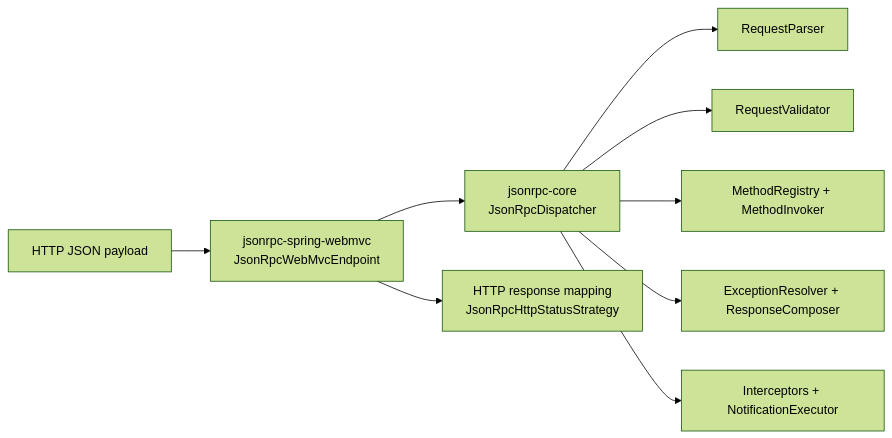
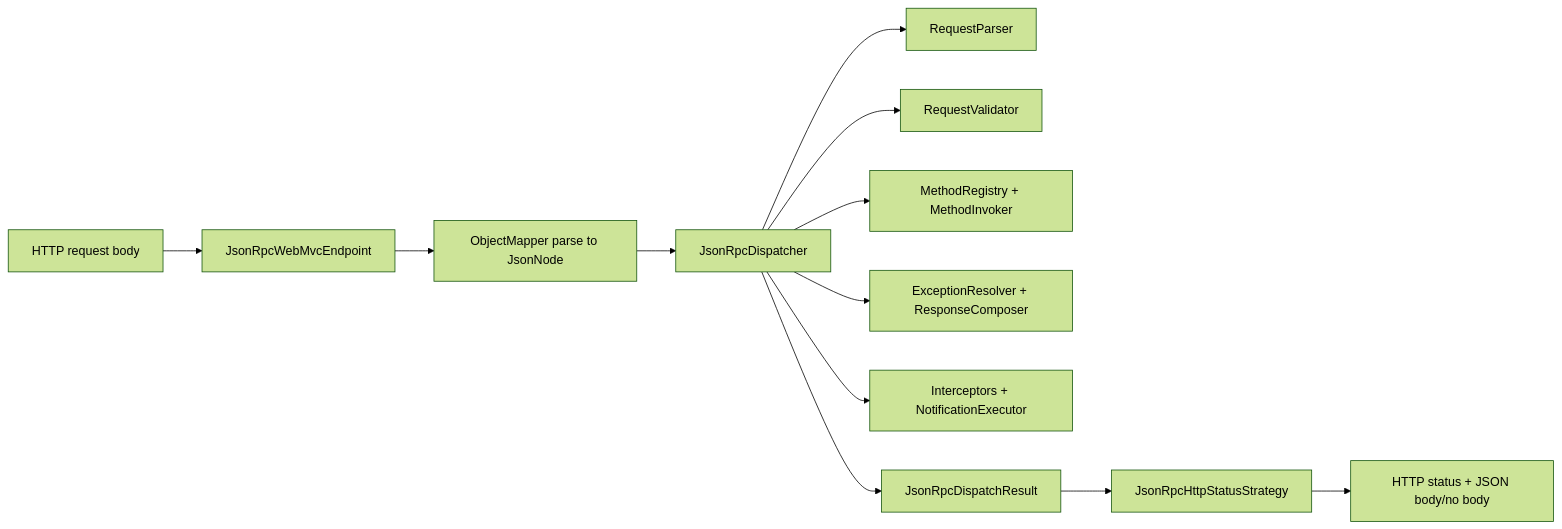
One commit to limehee/jsonrpc-spring-boot-starter changed the diagram in docs/architecture.md. Above: the diagram before and after it, drawn with Mermaid (forest theme). The commit also changed other lines of this file and 15 other files, not shown here.

````diff
--- a/docs/architecture.md
+++ b/docs/architecture.md
@@ -14,11 +16,14 @@
 ```mermaid
 flowchart LR
-    A["HTTP JSON payload"] --> B["jsonrpc-spring-webmvc\nJsonRpcWebMvcEndpoint"]
-    B --> C["jsonrpc-core\nJsonRpcDispatcher"]
-    C --> D["RequestParser"]
-    C --> E["RequestValidator"]
-    C --> F["MethodRegistry + MethodInvoker"]
-    C --> G["ExceptionResolver + ResponseComposer"]
-    C --> H["Interceptors + NotificationExecutor"]
-    B --> I["HTTP response mapping\nJsonRpcHttpStatusStrategy"]
+    A["HTTP request body"] --> B["JsonRpcWebMvcEndpoint"]
+    B --> C["ObjectMapper parse to JsonNode"]
+    C --> D["JsonRpcDispatcher"]
+    D --> E["RequestParser"]
+    D --> F["RequestValidator"]
+    D --> G["MethodRegistry + MethodInvoker"]
+    D --> H["ExceptionResolver + ResponseComposer"]
+    D --> I["Interceptors + NotificationExecutor"]
+    D --> J["JsonRpcDispatchResult"]
+    J --> K["JsonRpcHttpStatusStrategy"]
+    K --> L["HTTP status + JSON body/no body"]
 ```
````
